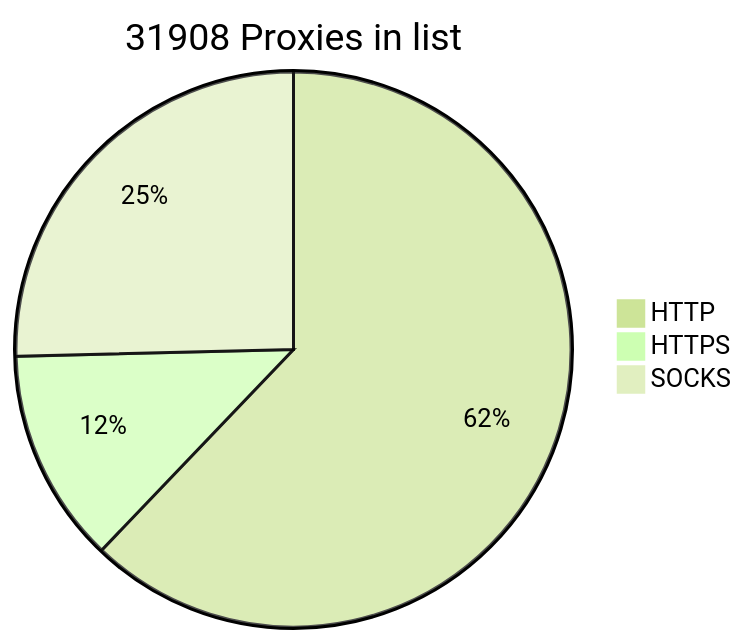
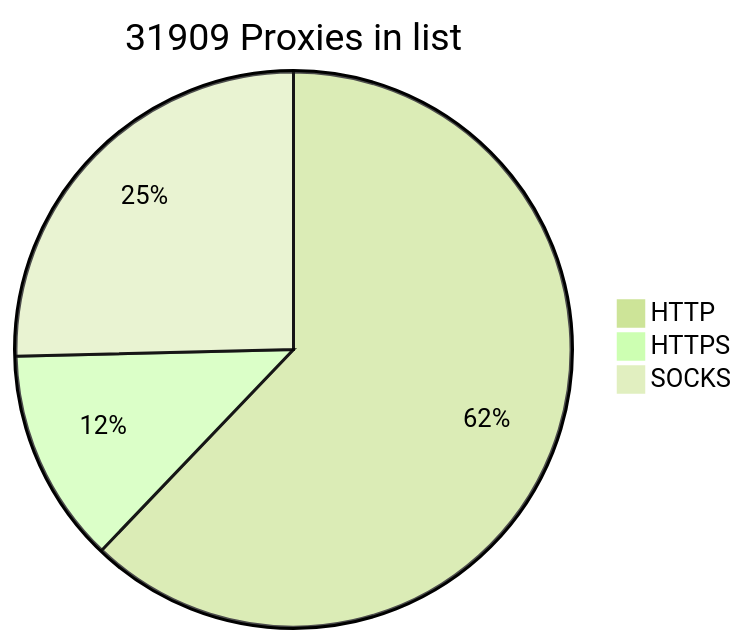
Before and after one commit to BlackSnowDot/proxylist-update-every-minute: the diagram in README.md, drawn with Mermaid (forest theme).

````diff
--- a/README.md
+++ b/README.md
@@ -2,6 +2,6 @@
 ```mermaid
-pie title 31908 Proxies in list
+pie title 31909 Proxies in list
     "HTTP" : 21902
-    "HTTPS": 4394
+    "HTTPS": 4397
     "SOCKS" : 8950
 ```
````
